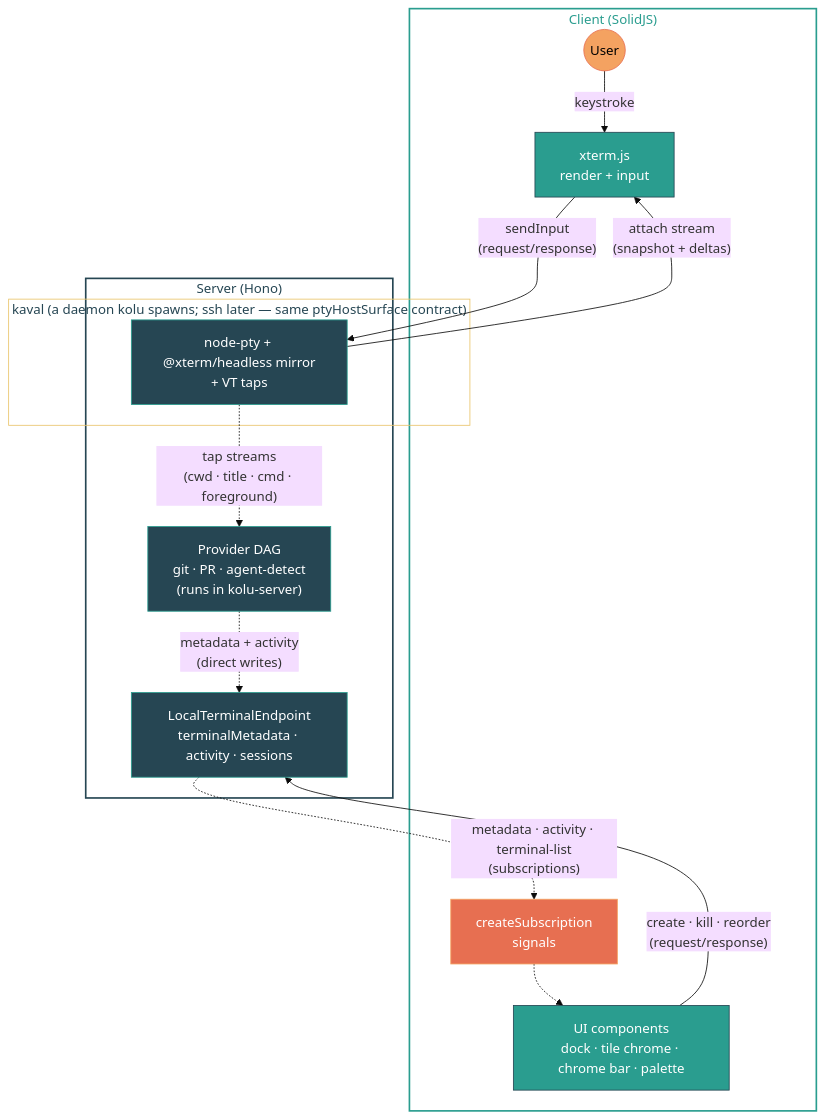
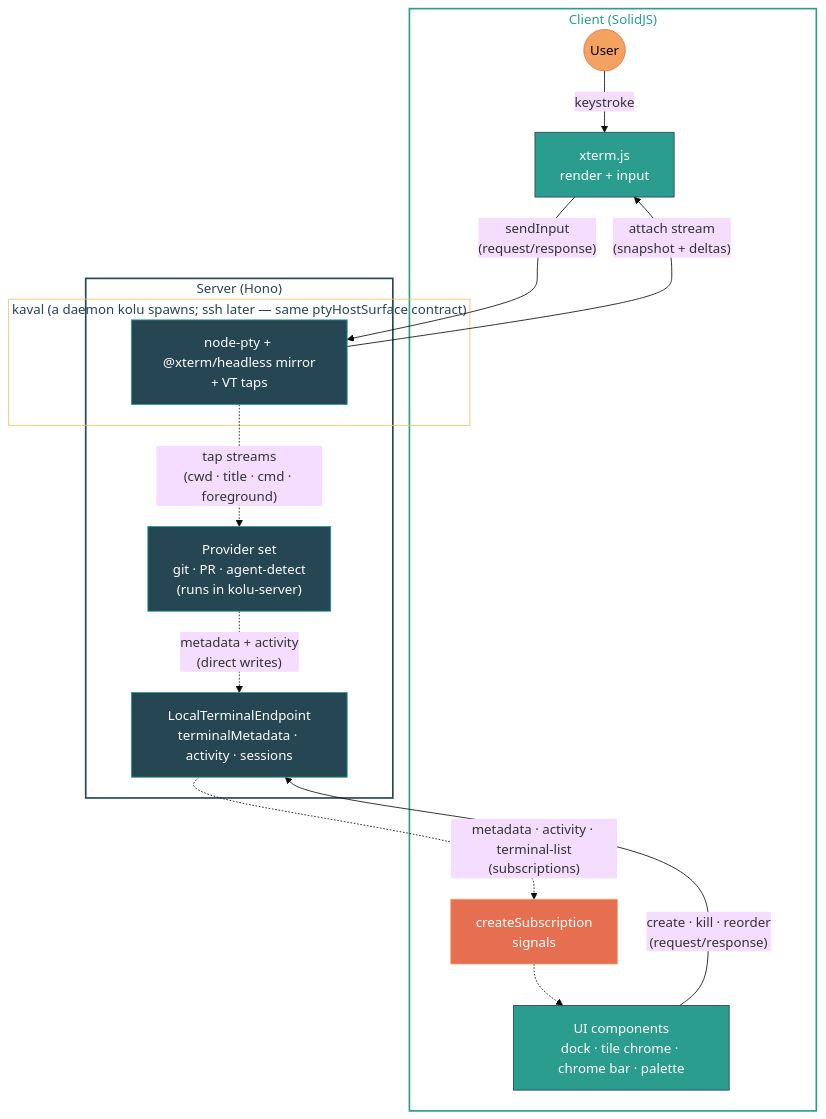
The diagram in README.md (juspay/kolu), drawn with Mermaid (base theme) before and after one commit. The commit also changed other lines of this file and 3 other files, not shown here.

````diff
--- a/README.md
+++ b/README.md
@@ -254,40 +254,40 @@
 ```mermaid
 flowchart TB
   subgraph Client["Client (SolidJS)"]
     User((User)):::user
     Xterm["xterm.js\nrender + input"]:::client
     Subs["createSubscription\nsignals"]:::cache
     UI["UI components\ndock · tile chrome · chrome bar · palette"]:::client
   end
 
   subgraph Server["Server (Hono)"]
     subgraph PtyHost["kaval (a daemon kolu spawns; ssh later — same ptyHostSurface contract)"]
       Host["node-pty + @xterm/headless mirror\n+ VT taps"]:::server
     end
-    Providers["Provider DAG\ngit · PR · agent-detect\n(runs in kolu-server)"]:::server
+    Providers["Provider set\ngit · PR · agent-detect\n(runs in kolu-server)"]:::server
     Backend["LocalTerminalEndpoint\nterminalMetadata · activity · sessions"]:::server
   end
 
   %% Terminal I/O loop (through the ptyHostSurface contract)
   User -->|"keystroke"| Xterm
   Xterm -->|"sendInput\n(request/response)"| Host
   Host -->|"attach stream\n(snapshot + deltas)"| Xterm
 
   %% Metadata loop
   Host -.->|"tap streams\n(cwd · title · cmd · foreground)"| Providers
   Providers -.->|"metadata + activity\n(direct writes)"| Backend
   Backend -.->|"metadata · activity · terminal-list\n(subscriptions)"| Subs
   Subs -.-> UI
 
   %% User actions
   UI -->|"create · kill · reorder\n(request/response)"| Backend
 
   classDef user fill:#f4a261,stroke:#e76f51,color:#000
   classDef client fill:#2a9d8f,stroke:#264653,color:#fff
   classDef cache fill:#e76f51,stroke:#f4a261,color:#fff
   classDef server fill:#264653,stroke:#2a9d8f,color:#fff
 
   style Client fill:none,stroke:#2a9d8f,stroke-width:2px,color:#2a9d8f
   style Server fill:none,stroke:#264653,stroke-width:2px,color:#264653
   style PtyHost fill:none,stroke:#e9c46a,stroke-width:1px,color:#264653
 ```
````
